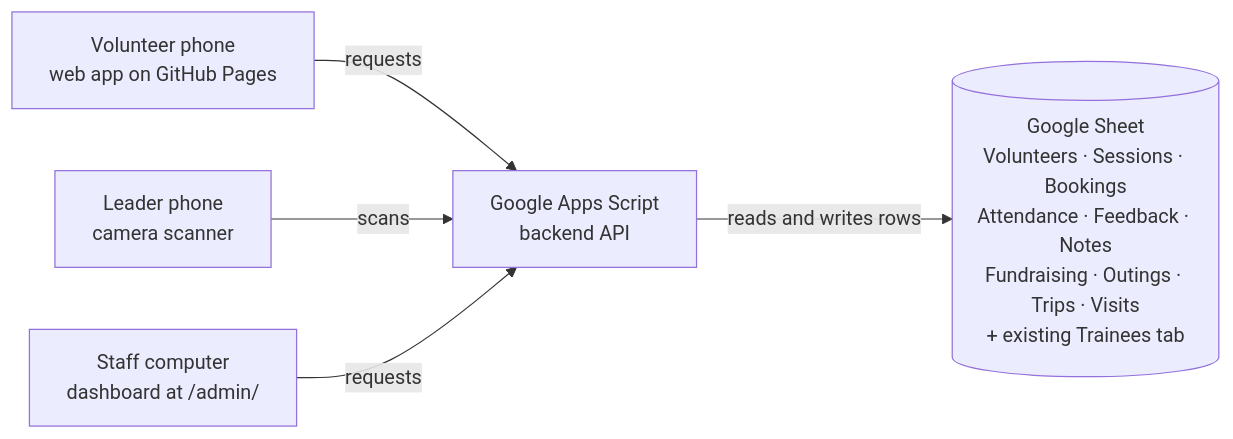
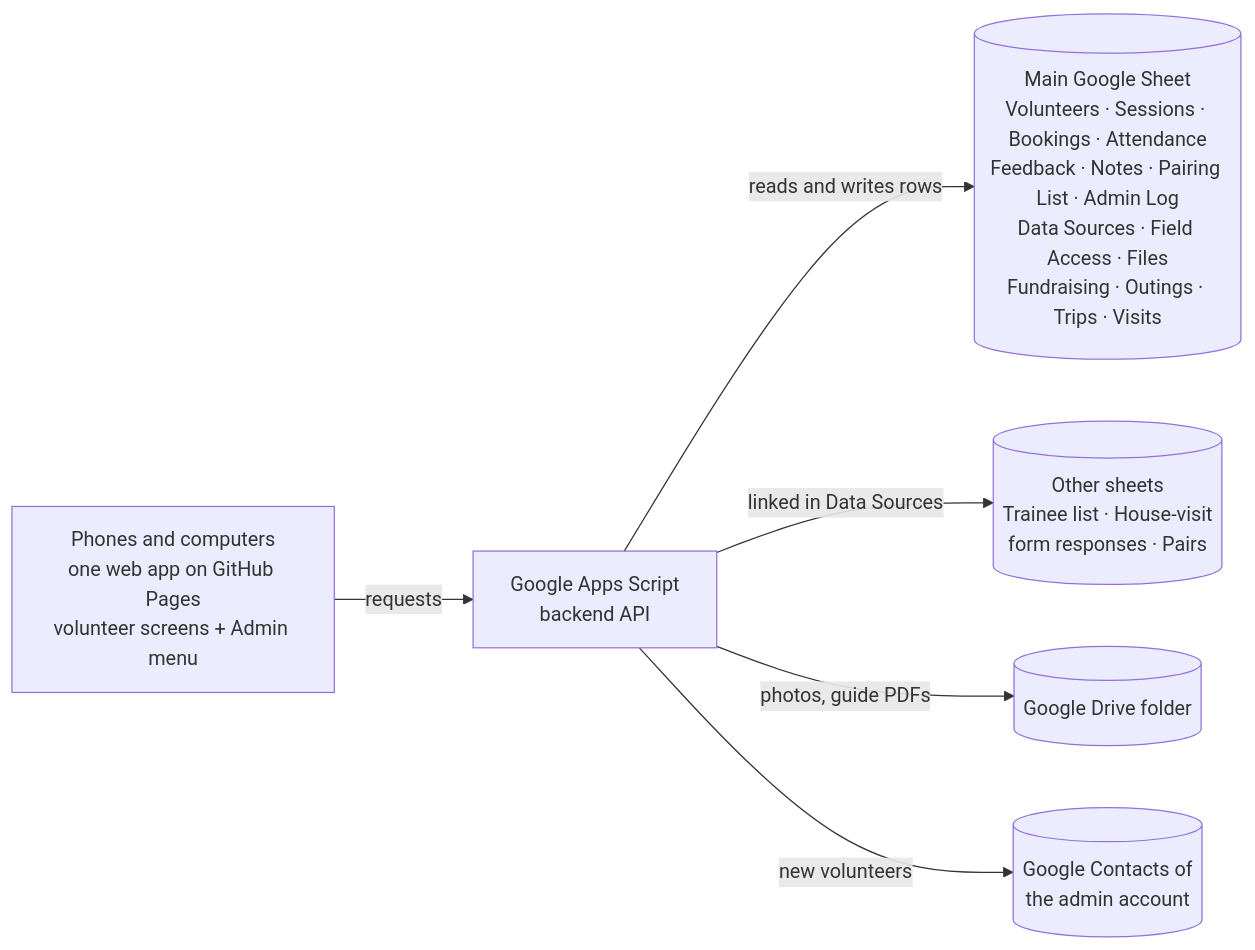
Before and after one commit to vcoder302026/T4G-Sem12627-MINDS-APP: the diagram in volunteer-app/README.md, drawn with Mermaid. The commit also changed other lines of this file and 56 other files, not shown here.

First line of the commit message:
Partner feedback (Oct 2026): one app with admin menu, pairing list, trainee updates

````diff
--- a/volunteer-app/README.md
+++ b/volunteer-app/README.md
@@ -106,7 +113,8 @@
 ```mermaid
 flowchart LR
-  V[Volunteer phone<br/>web app on GitHub Pages] -- "requests" --> G[Google Apps Script<br/>backend API]
-  L[Leader phone<br/>camera scanner] -- "scans" --> G
-  D[Staff computer<br/>dashboard at /admin/] -- "requests" --> G
-  G -- "reads and writes rows" --> S[(Google Sheet<br/>Volunteers · Sessions · Bookings<br/>Attendance · Feedback · Notes<br/>Fundraising · Outings · Trips · Visits<br/>+ existing Trainees tab)]
+  P[Phones and computers<br/>one web app on GitHub Pages<br/>volunteer screens + Admin menu] -- "requests" --> G[Google Apps Script<br/>backend API]
+  G -- "reads and writes rows" --> S[(Main Google Sheet<br/>Volunteers · Sessions · Bookings · Attendance<br/>Feedback · Notes · Pairing List · Admin Log<br/>Data Sources · Field Access · Files<br/>Fundraising · Outings · Trips · Visits)]
+  G -- "linked in Data Sources" --> X[(Other sheets<br/>Trainee list · House-visit<br/>form responses · Pairs)]
+  G -- "photos, guide PDFs" --> D[(Google Drive folder)]
+  G -- "new volunteers" --> C[(Google Contacts of<br/>the admin account)]
 ```
````
